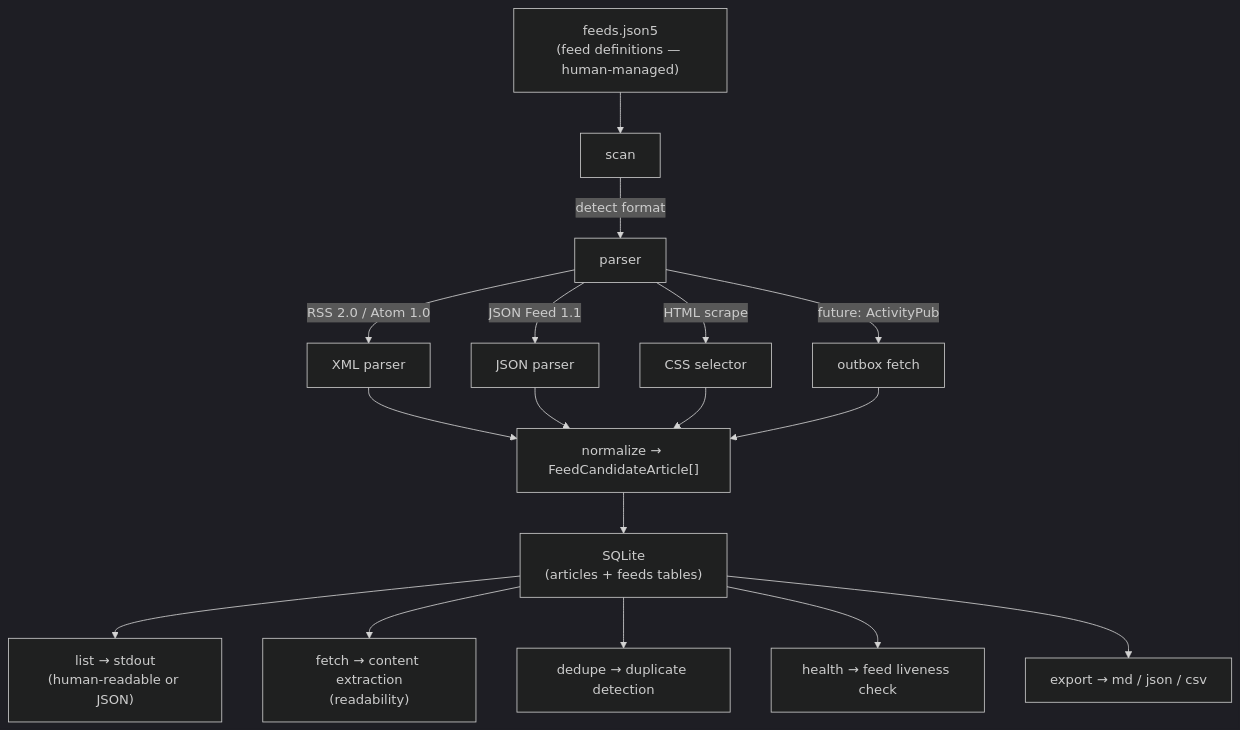
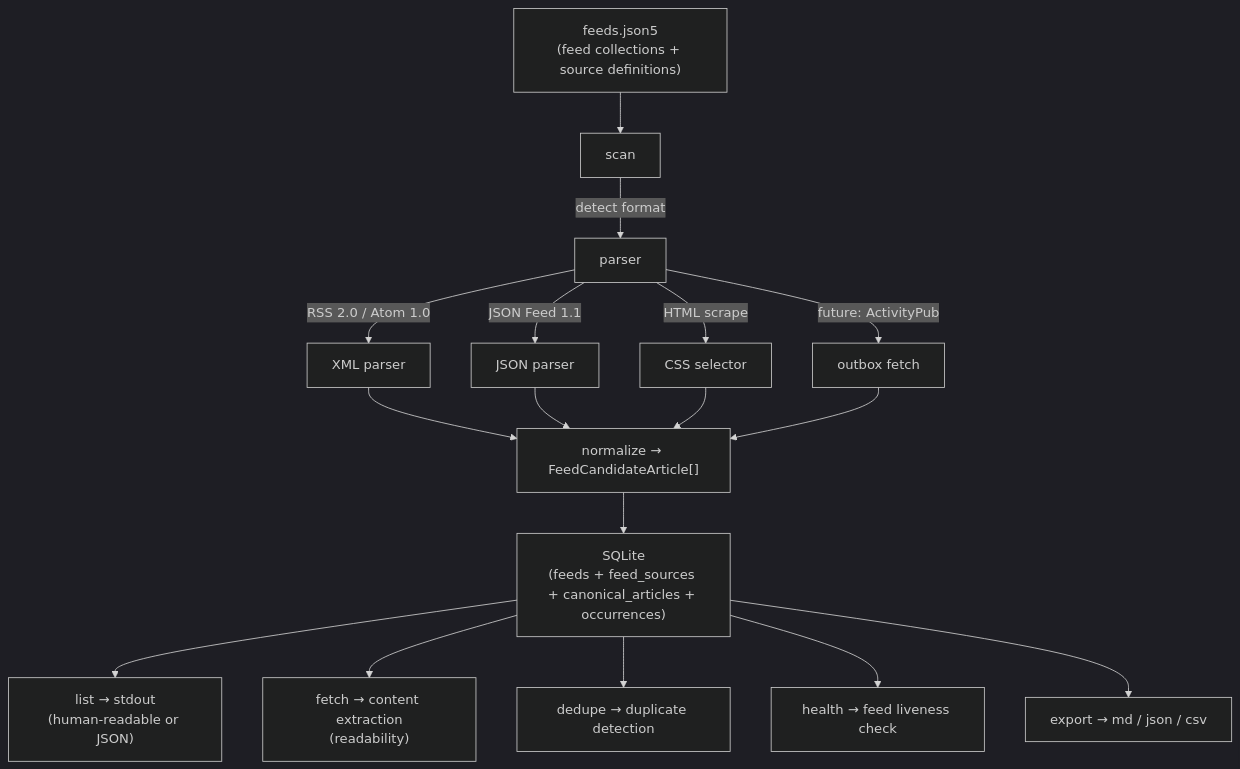
Before and after one commit to yoshikouki/feeds-cli: the diagram in docs/VISION.md, drawn with Mermaid (dark theme). The commit also changed other lines of this file and 9 other files, not shown here.

Commit message:
Refactor data model around feed sources

````diff
--- a/docs/VISION.md
+++ b/docs/VISION.md
@@ -77,16 +77,16 @@
 ```mermaid
 flowchart TD
-    A["feeds.json5\n(feed definitions — human-managed)"] --> B["scan"]
+    A["feeds.json5\n(feed collections + source definitions)"] --> B["scan"]
     B -->|"detect format"| P["parser"]
     P -->|"RSS 2.0 / Atom 1.0"| X["XML parser"]
     P -->|"JSON Feed 1.1"| J["JSON parser"]
     P -->|"HTML scrape"| S["CSS selector"]
     P -->|"future: ActivityPub"| AP["outbox fetch"]
     X & J & S & AP --> N["normalize → FeedCandidateArticle[]"]
-    N --> C["SQLite\n(articles + feeds tables)"]
+    N --> C["SQLite\n(feeds + feed_sources + canonical_articles + occurrences)"]
     C --> D["list → stdout\n(human-readable or JSON)"]
     C --> E["fetch → content extraction\n(readability)"]
     C --> F["dedupe → duplicate detection"]
     C --> G["health → feed liveness check"]
     C --> H["export → md / json / csv"]
 ```
````
